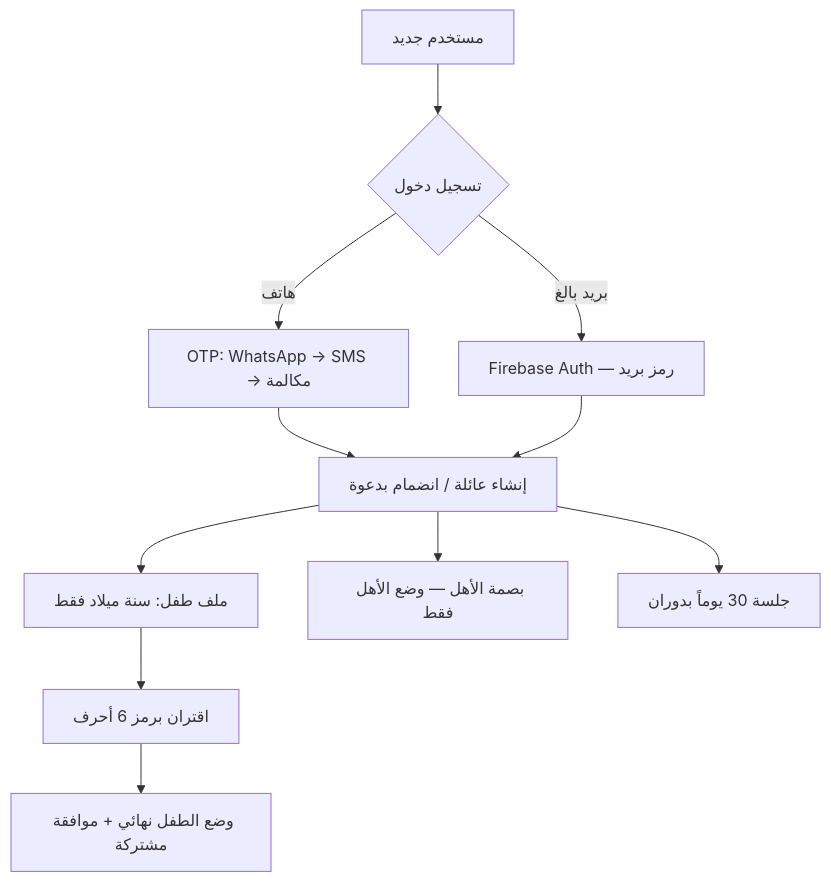
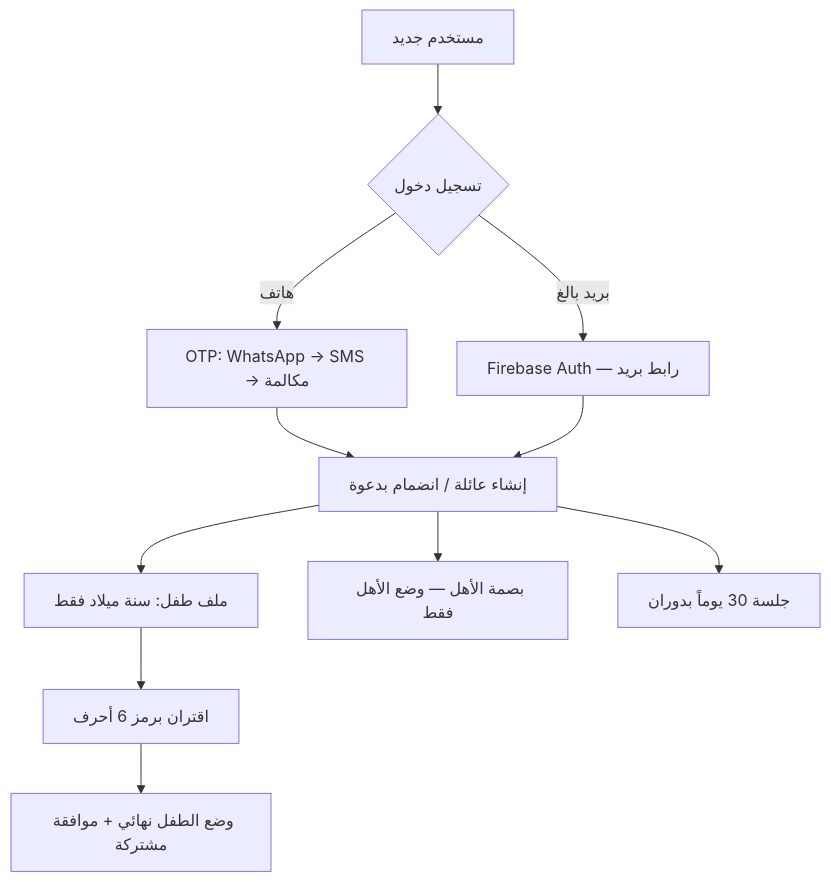
The second of 5 diagrams in docs/family-os/governance/phases/phase-1/S1-02-identity-and-onboarding/SPEC.md (Bassam-mohammed-alqaeadi/family-os-v2), drawn with Mermaid before and after one commit. The commit also changed other lines of this file, not shown here.

Commit message:
S1-02 SPEC: تدفق رابط البريد بدل رمز البريد (Q027-01) + إغلاق بوابة Q-201 (Q-344)

````diff
--- a/docs/family-os/governance/phases/phase-1/S1-02-identity-and-onboarding/SPEC.md
+++ b/docs/family-os/governance/phases/phase-1/S1-02-identity-and-onboarding/SPEC.md
@@ -199,13 +199,13 @@
 ```mermaid
 flowchart TD
     New[مستخدم جديد] --> Login{تسجيل دخول}
     Login -->|هاتف| OTP[OTP: WhatsApp → SMS → مكالمة]
-    Login -->|بريد بالغ| Email[Firebase Auth — رمز بريد]
+    Login -->|بريد بالغ| Email[Firebase Auth — رابط بريد]
     OTP --> Family[إنشاء عائلة / انضمام بدعوة]
     Email --> Family
     Family --> ChildProf[ملف طفل: سنة ميلاد فقط]
     ChildProf --> Pair[اقتران برمز 6 أحرف]
     Pair --> Mode[وضع الطفل نهائي + موافقة مشتركة]
     Family --> Bio[بصمة الأهل — وضع الأهل فقط]
     Family --> Session[جلسة 30 يوماً بدوران]
 ```
````
